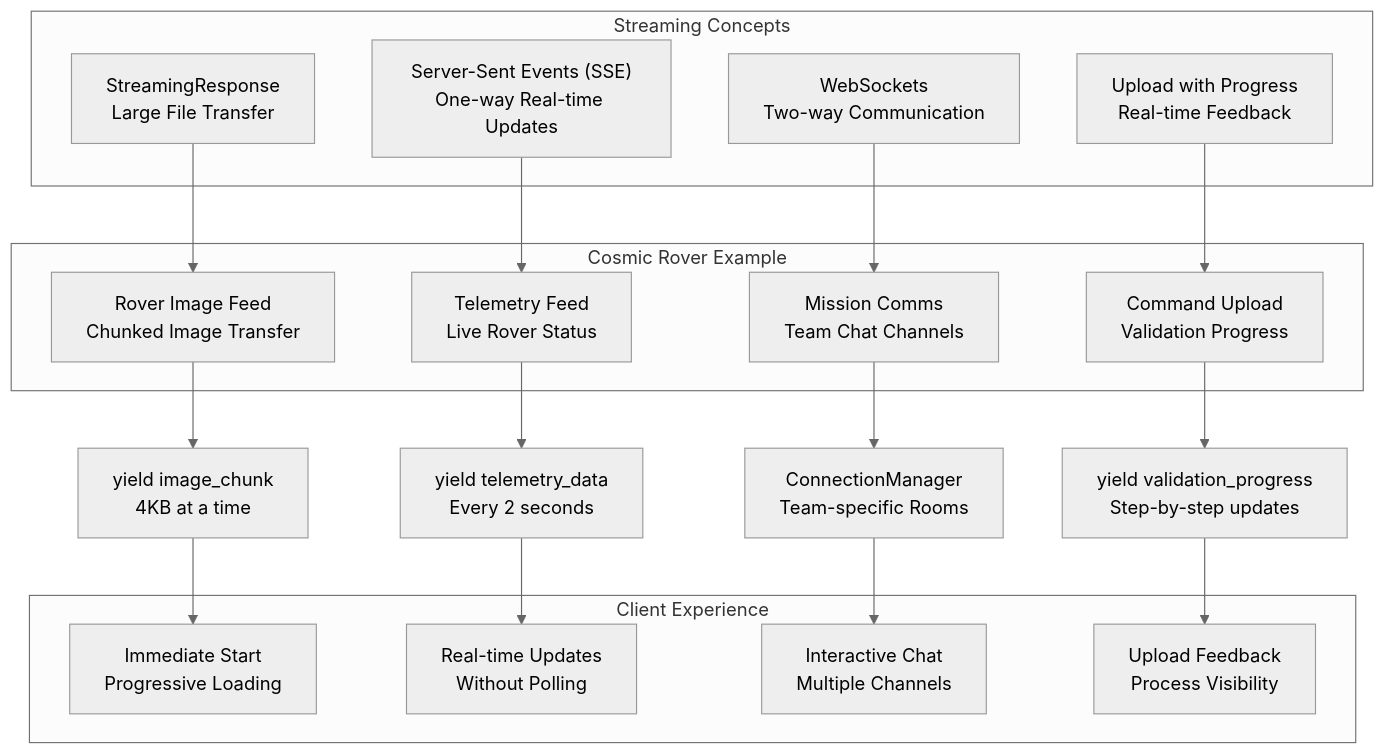
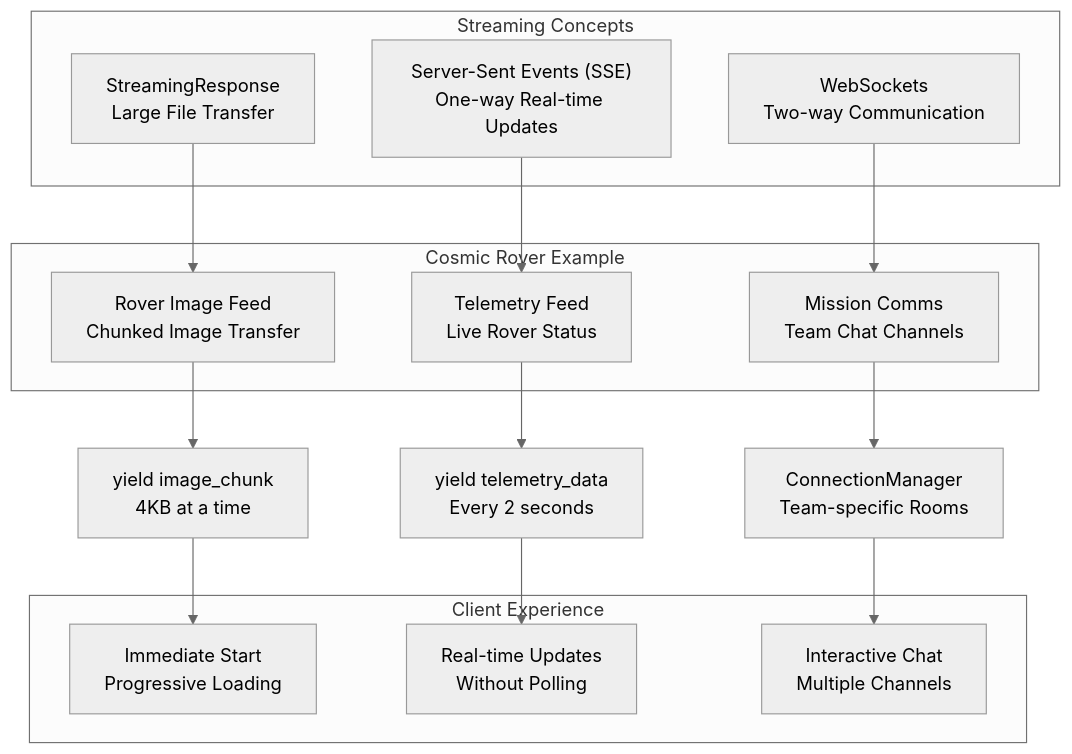
The diagram in 07-streaming/README.md (balupeddireddy08/FastAPI-for-AI-Projects), drawn with Mermaid (neutral theme) before and after one commit. The commit also changed other lines of this file and 5 other files, not shown here.

````diff
--- a/07-streaming/README.md
+++ b/07-streaming/README.md
@@ -14,38 +13,32 @@
 ```mermaid
 graph TD
     subgraph "Streaming Concepts"
     A["StreamingResponse<br/>Large File Transfer"]
     B["Server-Sent Events (SSE)<br/>One-way Real-time Updates"]
     C["WebSockets<br/>Two-way Communication"]
-    D["Upload with Progress<br/>Real-time Feedback"]
     end
     
     subgraph "Cosmic Rover Example"
     E["Rover Image Feed<br/>Chunked Image Transfer"]
     F["Telemetry Feed<br/>Live Rover Status"]
     G["Mission Comms<br/>Team Chat Channels"]
-    H["Command Upload<br/>Validation Progress"]
     end
     
     A --> E
     B --> F
     C --> G
-    D --> H
     
     E --> I["yield image_chunk<br/>4KB at a time"]
     F --> J["yield telemetry_data<br/>Every 2 seconds"]
     G --> K["ConnectionManager<br/>Team-specific Rooms"]
-    H --> L["yield validation_progress<br/>Step-by-step updates"]
     
     subgraph "Client Experience"
     M["Immediate Start<br/>Progressive Loading"]
     N["Real-time Updates<br/>Without Polling"]
     O["Interactive Chat<br/>Multiple Channels"]
-    P["Upload Feedback<br/>Process Visibility"]
     end
     
     I --> M
     J --> N
     K --> O
-    L --> P
 ```
````
